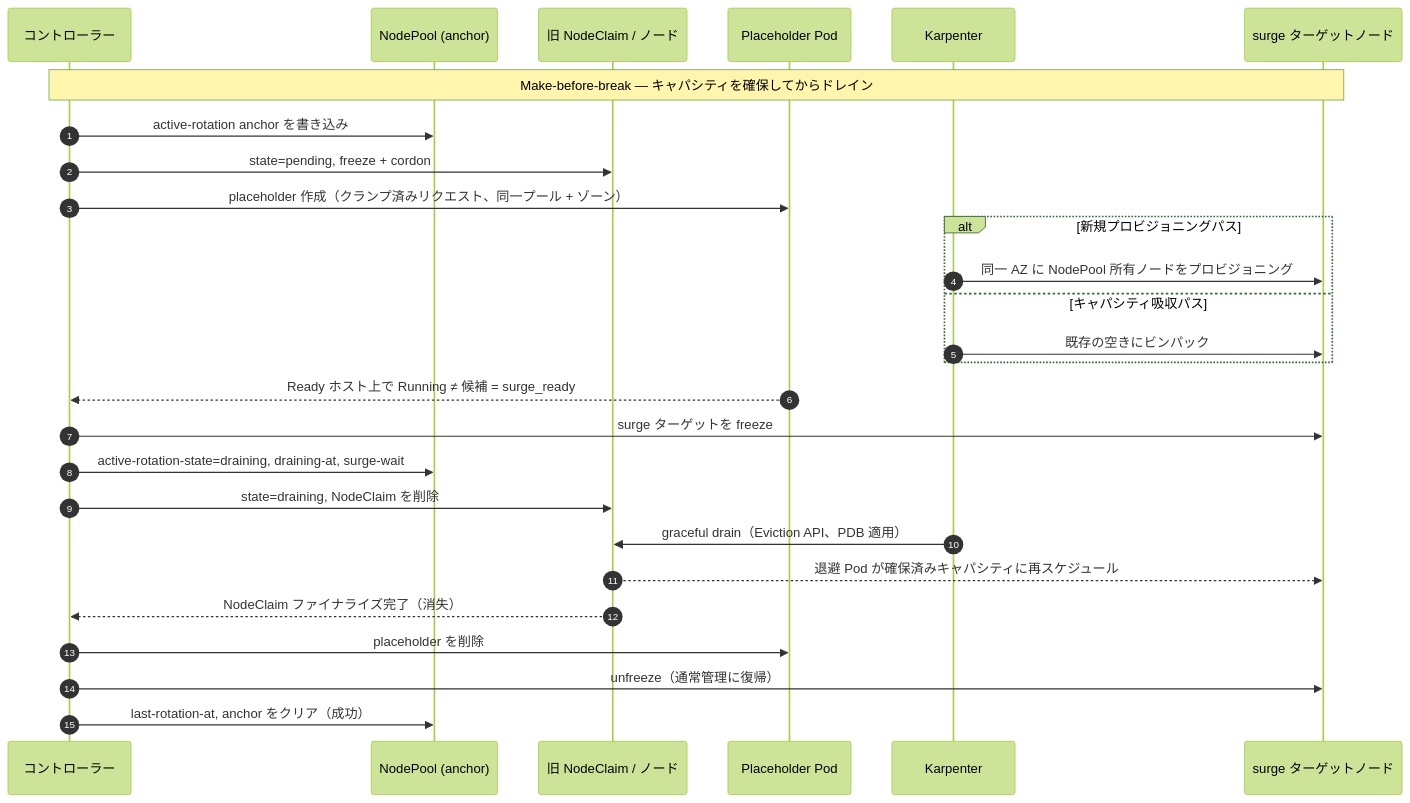
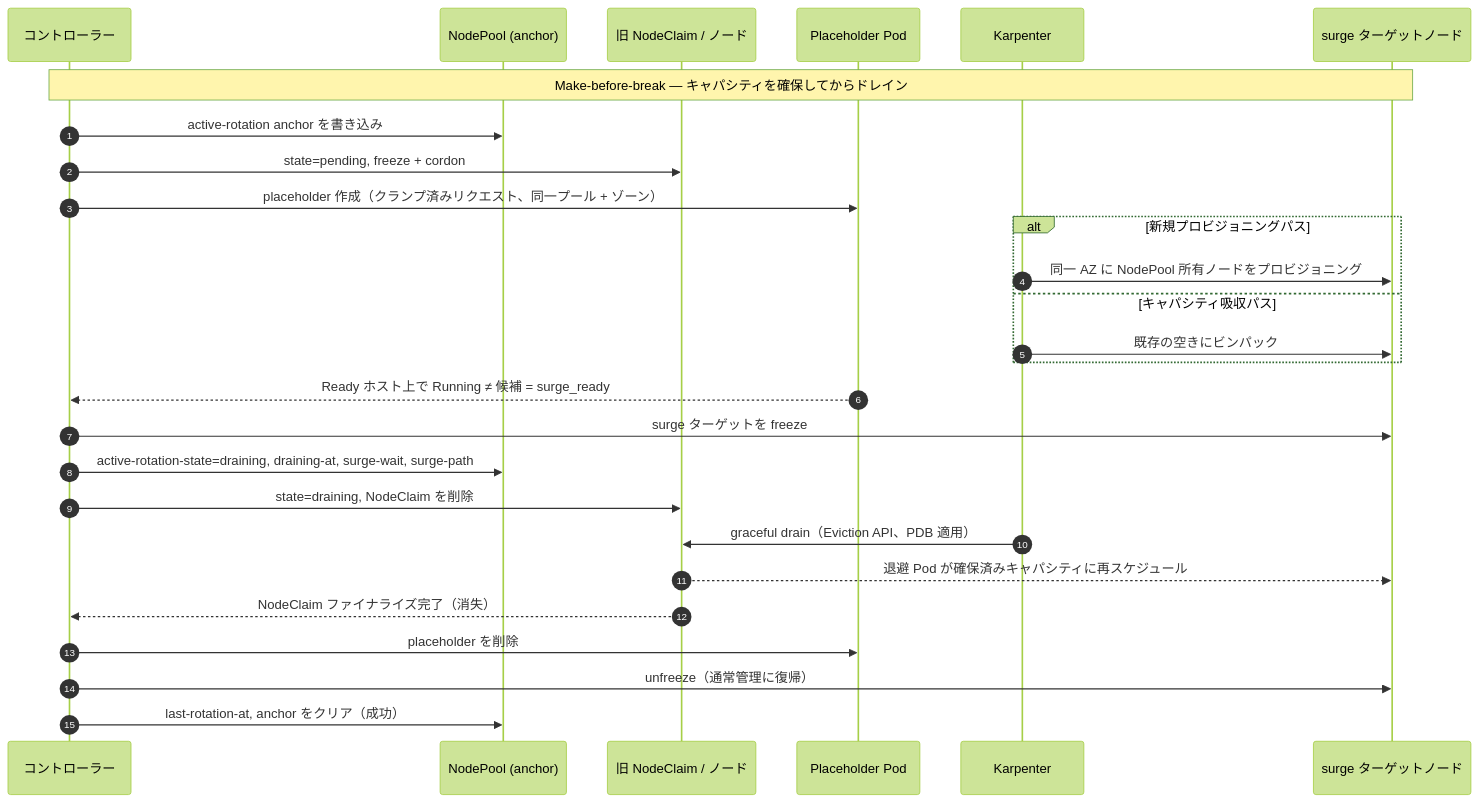
One commit to AkashiSN/node-rotation-controller changed the fourth of 4 diagrams in docs/ja/specification/03-design.md. Above: the diagram before and after it, drawn with Mermaid (forest theme). The commit also changed other lines of this file and 11 other files, not shown here.

First line of the commit message:
feat(controller): name which surge path reserved the capacity (#325)

````diff
--- a/docs/ja/specification/03-design.md
+++ b/docs/ja/specification/03-design.md
@@ -288,30 +292,30 @@
 ```mermaid
 sequenceDiagram
     autonumber
     participant C as コントローラー
     participant NP as NodePool (anchor)
     participant Old as 旧 NodeClaim / ノード
     participant PH as Placeholder Pod
     participant K as Karpenter
     participant New as surge ターゲットノード
 
     Note over C,New: Make-before-break — キャパシティを確保してからドレイン
     C->>NP: active-rotation anchor を書き込み
     C->>Old: state=pending, freeze + cordon
     C->>PH: placeholder 作成（クランプ済みリクエスト、同一プール + ゾーン）
     alt 新規プロビジョニングパス
         K->>New: 同一 AZ に NodePool 所有ノードをプロビジョニング
     else キャパシティ吸収パス
         K->>New: 既存の空きにビンパック
     end
     PH-->>C: Ready ホスト上で Running ≠ 候補 = surge_ready
     C->>New: surge ターゲットを freeze
-    C->>NP: active-rotation-state=draining, draining-at, surge-wait
+    C->>NP: active-rotation-state=draining, draining-at, surge-wait, surge-path
     C->>Old: state=draining, NodeClaim を削除
     K->>Old: graceful drain（Eviction API、PDB 適用）
     Old-->>New: 退避 Pod が確保済みキャパシティに再スケジュール
     Old-->>C: NodeClaim ファイナライズ完了（消失）
     C->>PH: placeholder を削除
     C->>New: unfreeze（通常管理に復帰）
     C->>NP: last-rotation-at, anchor をクリア（成功）
 ```
````
